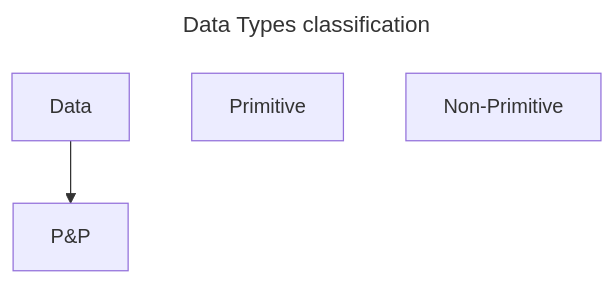
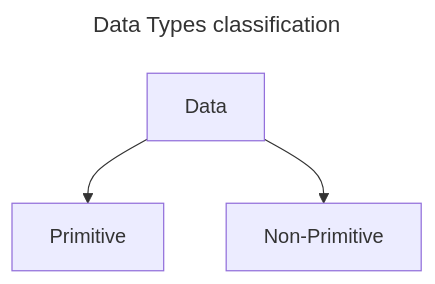
One commit to ssahu200122/Obsidian-vault changed the diagram in Notes/OSSU/Core CS/Core Programming/Systemactic Program design/HtDD.md. Above: the diagram before and after it, drawn with Mermaid.

Commit message:
vault backup: 2025-03-06 22:22:32

````diff
--- a/Notes/OSSU/Core CS/Core Programming/Systemactic Program design/HtDD.md
+++ b/Notes/OSSU/Core CS/Core Programming/Systemactic Program design/HtDD.md
@@ -164,11 +164,8 @@
 ```mermaid
 ---
 title: Data Types classification
 ---
 flowchart TB
-    A[Data]
-    P[Primitive]
-    N[Non-Primitive]
-    A-->P&P
+    Data[Data]--> P[Primitive] & NP[Non-Primitive]
 
 ```
````
